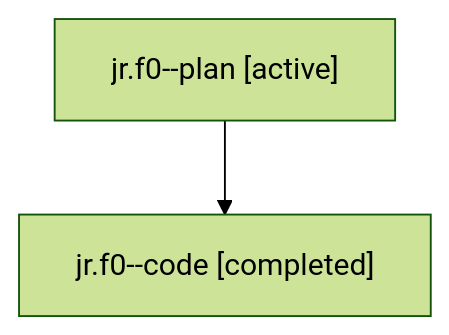
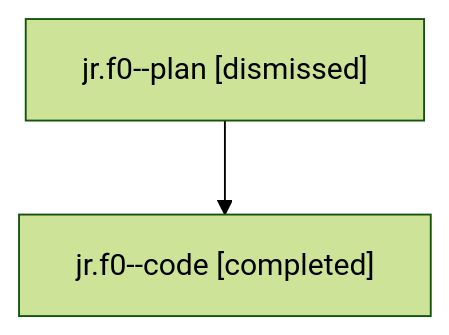
The diagram in sessions/bbugyi200.athena.jr.f0.md (bobs-org/bob-cli--agents), drawn with Mermaid (forest theme) before and after one commit. The commit also changed other lines of this file and 36 other files, not shown here.

````diff
--- a/sessions/bbugyi200.athena.jr.f0.md
+++ b/sessions/bbugyi200.athena.jr.f0.md
@@ -9,6 +9,6 @@
 ```mermaid
 flowchart TD
-  n0["jr.f0--plan [active]"]
+  n0["jr.f0--plan [dismissed]"]
   n1["jr.f0--code [completed]"]
   n0 --> n1
 ```
````
